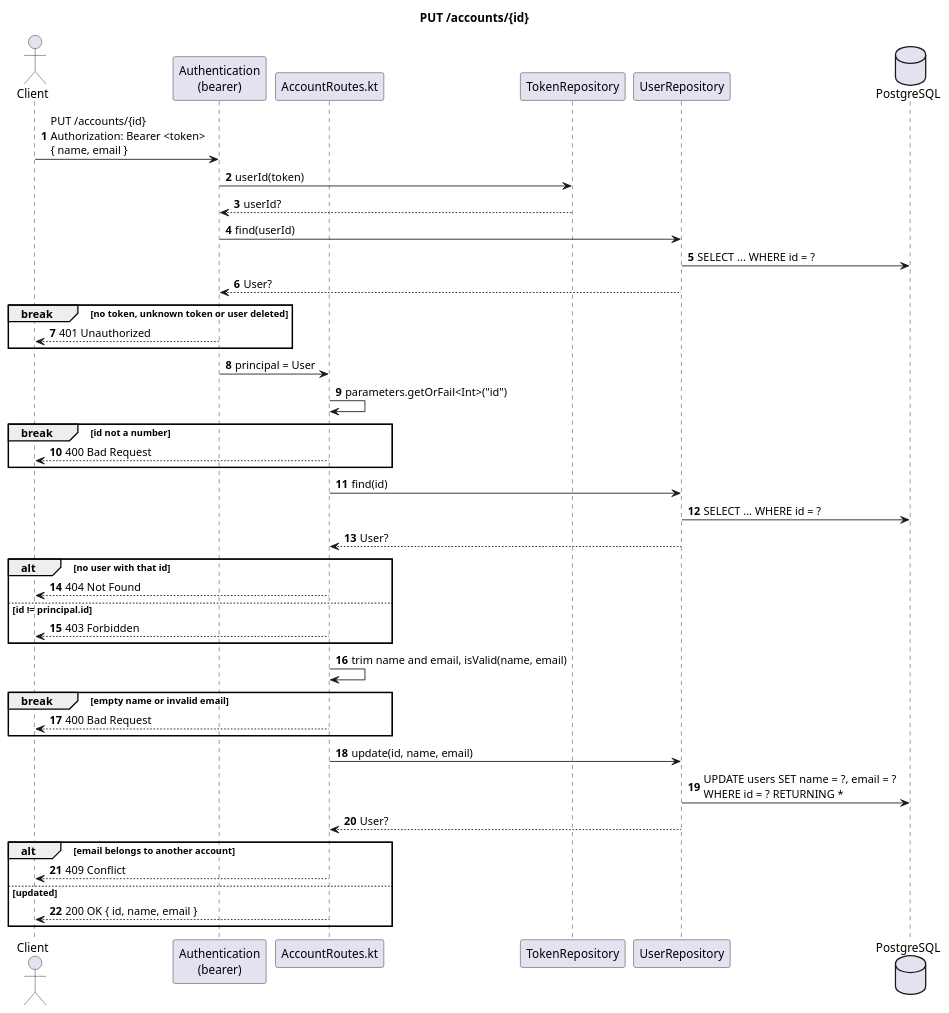
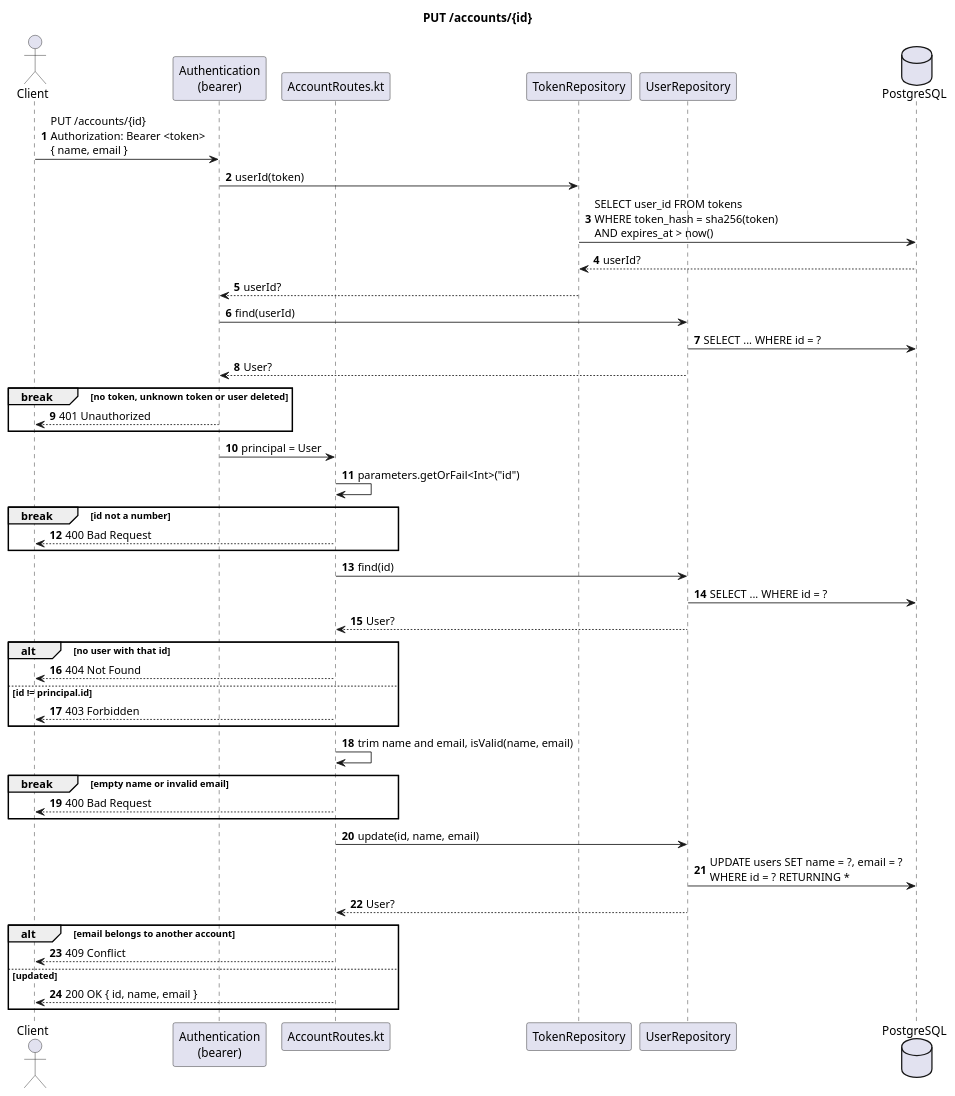
Before and after one commit to Rent-a-car-38291/rent-a-car: the diagram in docs/diagrams/sequence-update-account.puml, drawn with PlantUML. The commit also changed 29 other files, not shown here.

```diff
--- a/docs/diagrams/sequence-update-account.puml
+++ b/docs/diagrams/sequence-update-account.puml
@@ -1,51 +1,53 @@
 @startuml
 title PUT /accounts/{id}
 autonumber
 
 actor Client
 participant "Authentication\n(bearer)" as Auth
 participant "AccountRoutes.kt" as Route
 participant TokenRepository
 participant UserRepository
 database PostgreSQL
 
 Client -> Auth : PUT /accounts/{id}\nAuthorization: Bearer <token>\n{ name, email }
 Auth -> TokenRepository : userId(token)
+TokenRepository -> PostgreSQL : SELECT user_id FROM tokens\nWHERE token_hash = sha256(token)\nAND expires_at > now()
+PostgreSQL --> TokenRepository : userId?
 TokenRepository --> Auth : userId?
 Auth -> UserRepository : find(userId)
 UserRepository -> PostgreSQL : SELECT ... WHERE id = ?
 UserRepository --> Auth : User?
 break no token, unknown token or user deleted
   Auth --> Client : 401 Unauthorized
 end
 Auth -> Route : principal = User
 
 Route -> Route : parameters.getOrFail<Int>("id")
 break id not a number
   Route --> Client : 400 Bad Request
 end
 
 Route -> UserRepository : find(id)
 UserRepository -> PostgreSQL : SELECT ... WHERE id = ?
 UserRepository --> Route : User?
 alt no user with that id
   Route --> Client : 404 Not Found
 else id != principal.id
   Route --> Client : 403 Forbidden
 end
 
 Route -> Route : trim name and email, isValid(name, email)
 break empty name or invalid email
   Route --> Client : 400 Bad Request
 end
 
 Route -> UserRepository : update(id, name, email)
 UserRepository -> PostgreSQL : UPDATE users SET name = ?, email = ?\nWHERE id = ? RETURNING *
 UserRepository --> Route : User?
 alt email belongs to another account
   Route --> Client : 409 Conflict
 else updated
   Route --> Client : 200 OK { id, name, email }
 end
 
 @enduml
```
